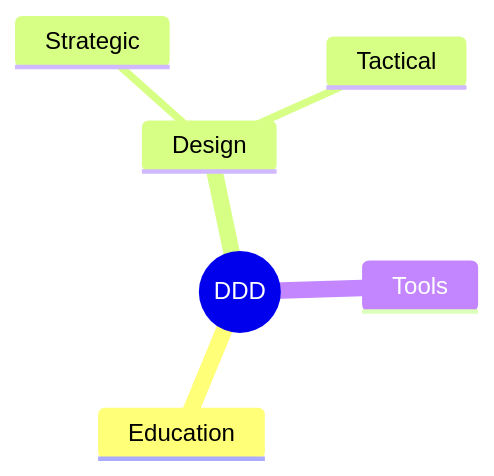
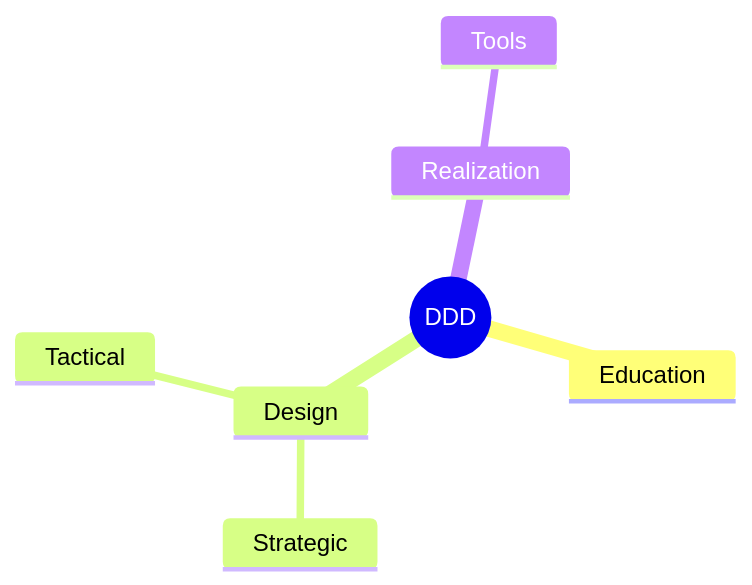
Before and after one commit to saojug/DDD: the first of 2 diagrams in README.md, drawn with Mermaid.

````diff
--- a/README.md
+++ b/README.md
@@ -4,9 +4,10 @@
 ```mermaid
 mindmap
   root((DDD))
     Education
     Design
       Strategic
       Tactical
-    Tools
+    Realization
+      Tools
 ```
````
